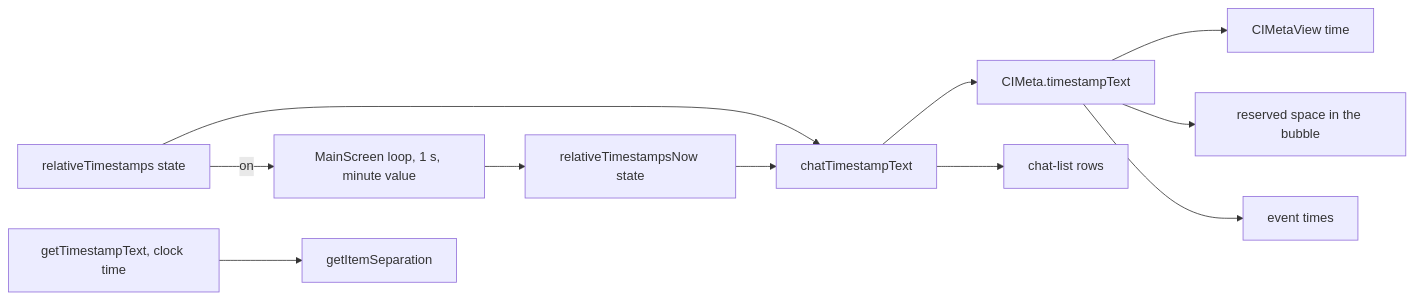
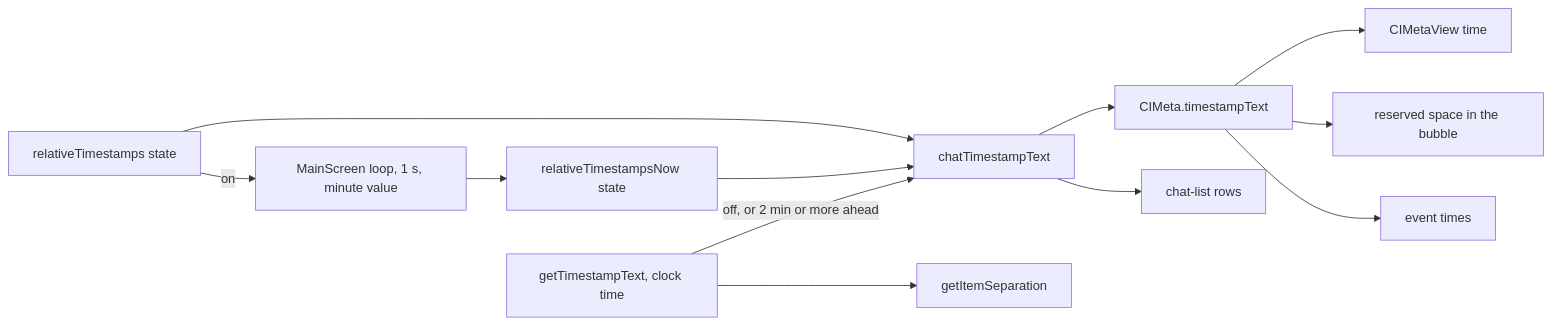
One commit to Narasimha-sc/simplex-chat changed the diagram in plans/2026-11-07-relative-timestamps.md. Above: the diagram before and after it, drawn with Mermaid. The commit also changed other lines of this file and 2 other files, not shown here.

````diff
--- a/plans/2026-11-07-relative-timestamps.md
+++ b/plans/2026-11-07-relative-timestamps.md
@@ -30,13 +31,14 @@
 ```mermaid
 flowchart LR
   P[relativeTimestamps state] --> C[chatTimestampText]
   P -->|on| M
   N[relativeTimestampsNow state] --> C
   M[MainScreen loop, 1 s, minute value] --> N
   G[getTimestampText, clock time] --> S[getItemSeparation]
+  G -->|off, or 2 min or more ahead| C
   C --> T[CIMeta.timestampText]
   C --> L[chat-list rows]
   T --> V[CIMetaView time]
   T --> R[reserved space in the bubble]
   T --> E[event times]
 ```
````
